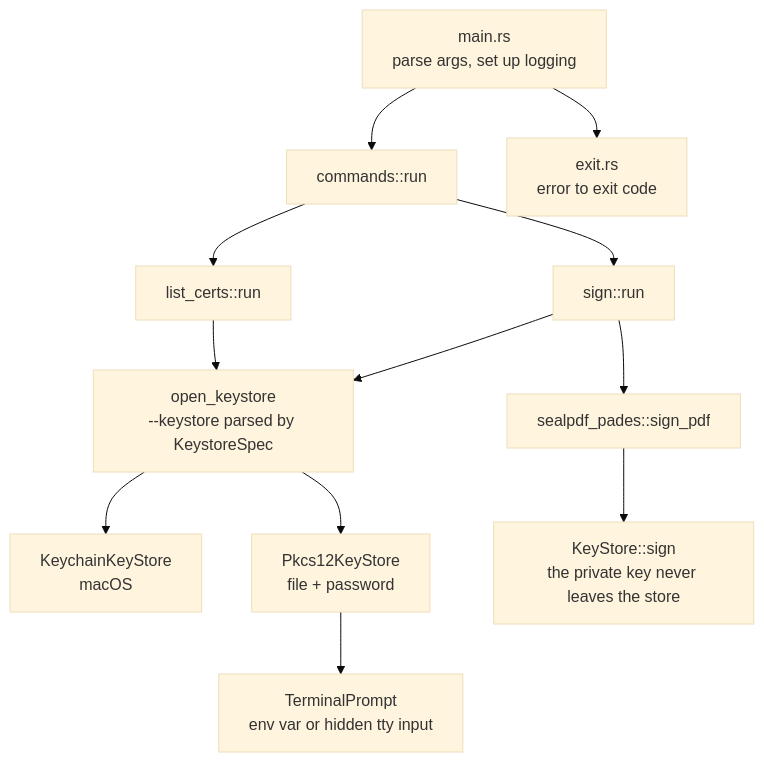
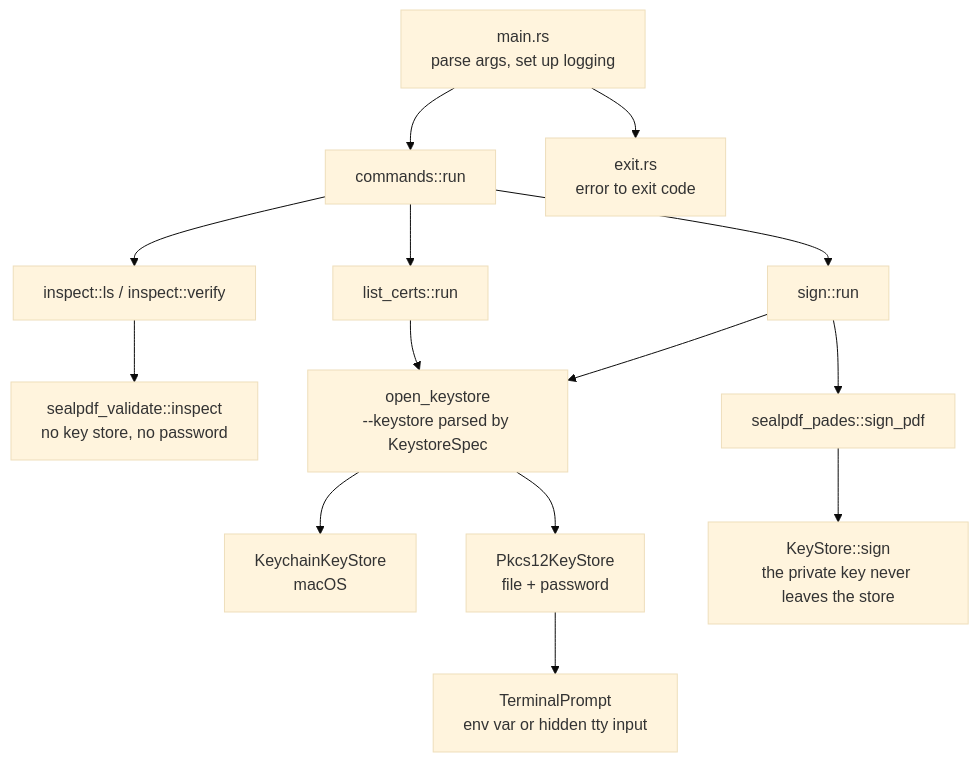
Before and after one commit to LeoBorai/SealPDF: the first of 2 diagrams in docs/cli/README.md, drawn with Mermaid (base theme). The commit also changed other lines of this file and 48 other files, not shown here.

````diff
--- a/docs/cli/README.md
+++ b/docs/cli/README.md
@@ -14,14 +16,16 @@
 ```mermaid
 flowchart TD
     main["main.rs<br/>parse args, set up logging"] --> run["commands::run"]
     run --> lc["list_certs::run"]
     run --> sg["sign::run"]
+    run --> ins["inspect::ls / inspect::verify"]
+    ins --> val["sealpdf_validate::inspect<br/>no key store, no password"]
     lc --> open["open_keystore<br/>--keystore parsed by KeystoreSpec"]
     sg --> open
     open --> kc["KeychainKeyStore<br/>macOS"]
     open --> p12["Pkcs12KeyStore<br/>file + password"]
     p12 --> prompt["TerminalPrompt<br/>env var or hidden tty input"]
     sg --> pades["sealpdf_pades::sign_pdf"]
     pades --> ks["KeyStore::sign<br/>the private key never leaves the store"]
     main --> exit["exit.rs<br/>error to exit code"]
 ```
````
